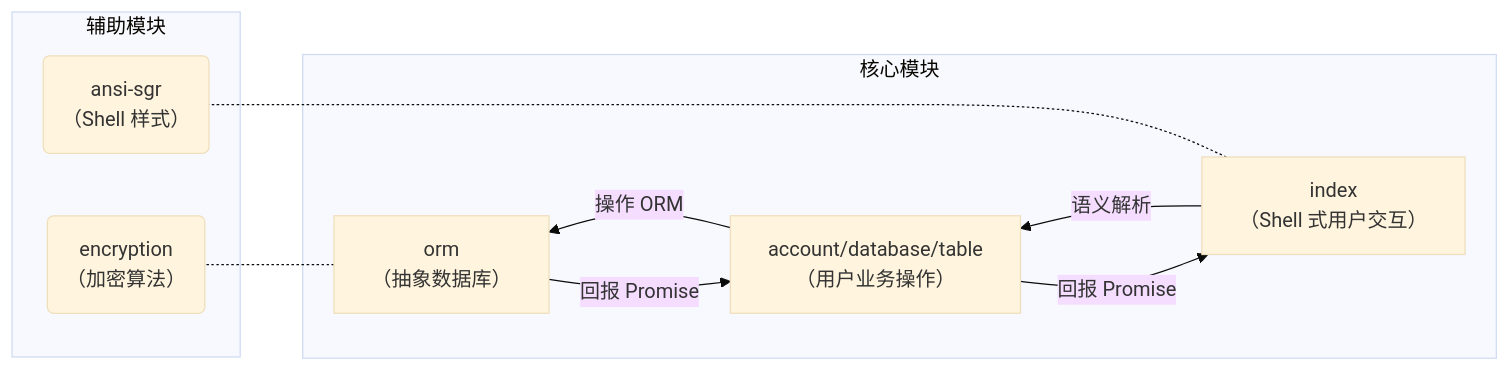
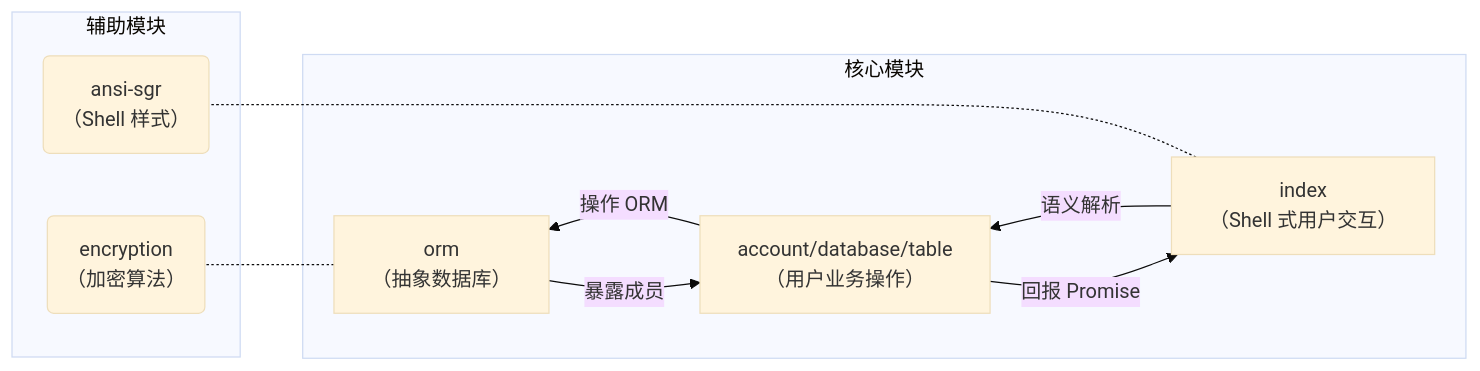
The diagram in README.md (penyoofficial/e-museum), drawn with Mermaid (base theme) before and after one commit. The commit also changed other lines of this file and 259 other files, not shown here.

````diff
--- a/README.md
+++ b/README.md
@@ -7,11 +20,11 @@
 ```mermaid
 flowchart RL
     subgraph 核心模块
         index["index\n（Shell 式用户交互）"] -- 语义解析 --> uop["account/database/table\n（用户业务操作）"] -- 操作 ORM --> orm["orm\n（抽象数据库）"]
-        orm -- 回报 Promise --> uop -- 回报 Promise --> index
+        orm -- 暴露成员 --> uop -- 回报 Promise --> index
     end
     subgraph 辅助模块
         index -.- ansi-sgr("ansi-sgr\n（Shell 样式）")
         orm -.- encryption("encryption\n（加密算法）")
     end
 ```
````
